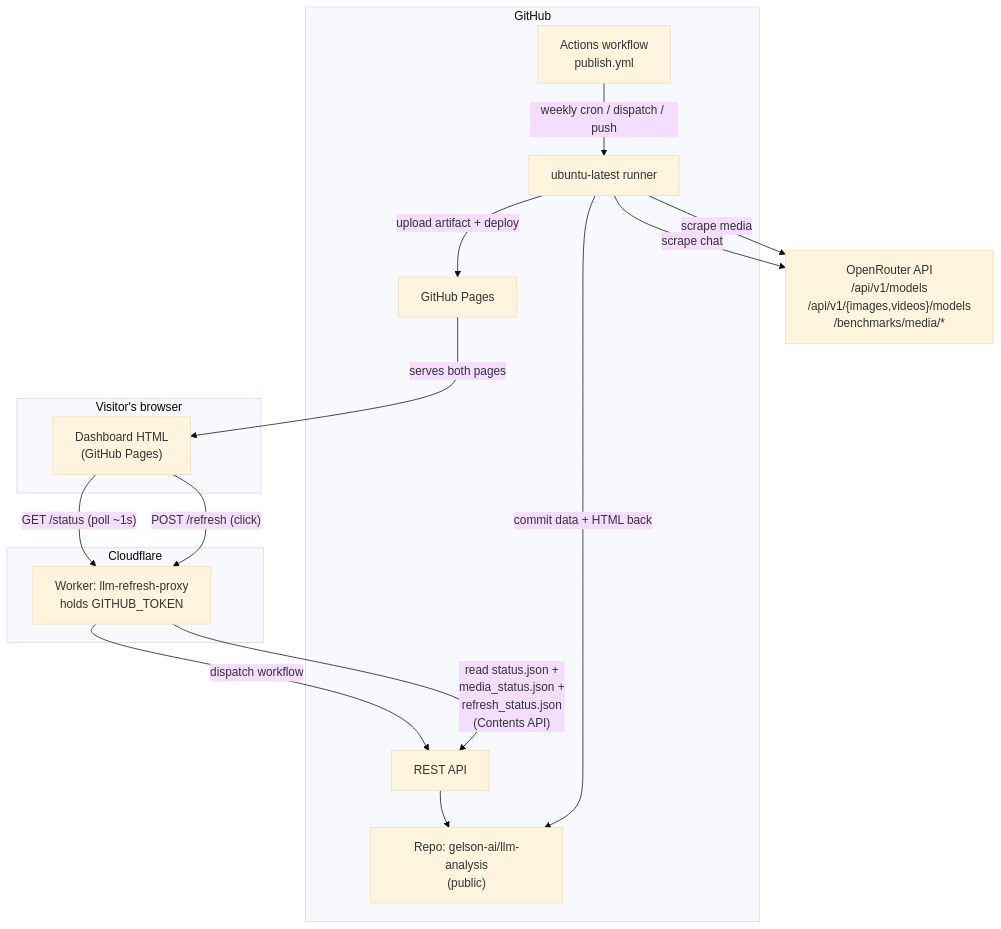
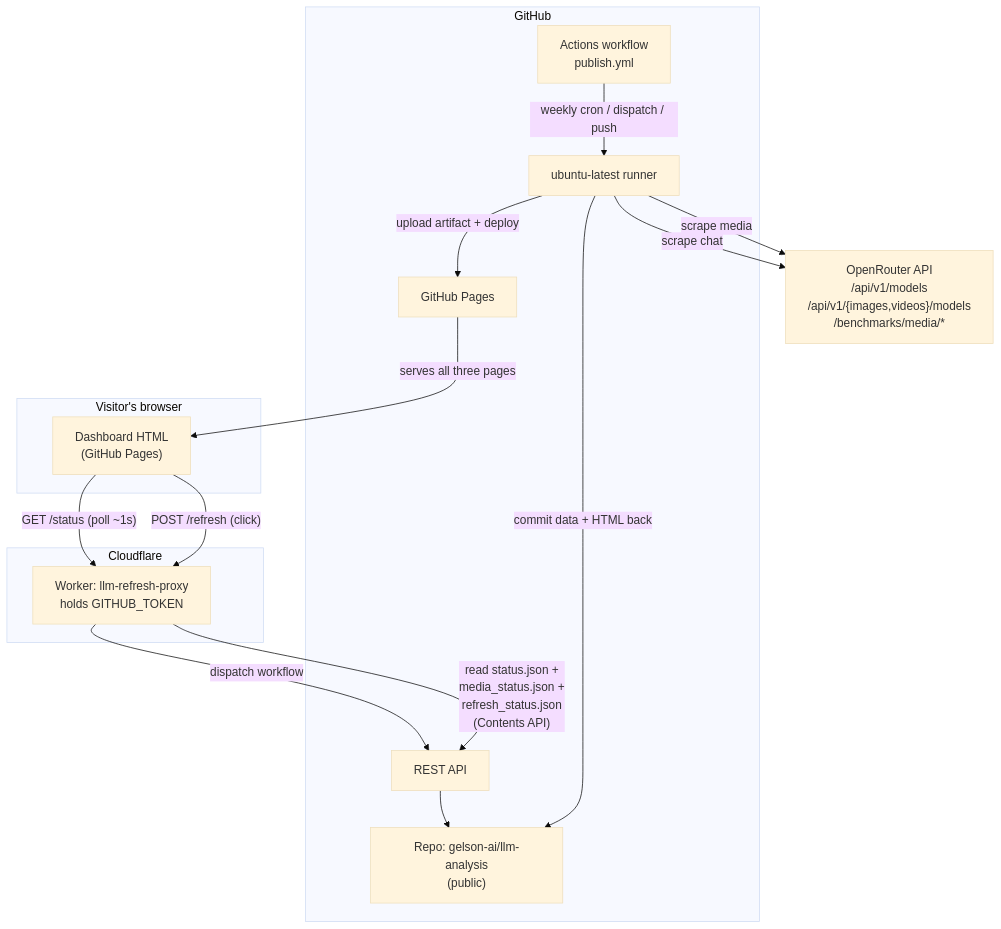
The diagram in DEPLOYMENT.md (gelson-ai/llm-analysis), drawn with Mermaid (base theme) before and after one commit. The commit also changed other lines of this file and 2 other files, not shown here.

````diff
--- a/DEPLOYMENT.md
+++ b/DEPLOYMENT.md
@@ -34,33 +34,33 @@
 ```mermaid
 flowchart TB
     subgraph browser["Visitor's browser"]
         PAGE["Dashboard HTML<br/>(GitHub Pages)"]
     end
 
     subgraph cf["Cloudflare"]
         WORKER["Worker: llm-refresh-proxy<br/>holds GITHUB_TOKEN"]
     end
 
     subgraph gh["GitHub"]
         REPO["Repo: gelson-ai/llm-analysis<br/>(public)"]
         WF["Actions workflow<br/>publish.yml"]
         RUNNER["ubuntu-latest runner"]
         PAGES["GitHub Pages"]
         API["REST API"]
     end
 
     OR["OpenRouter API<br/>/api/v1/models<br/>/api/v1/{images,videos}/models<br/>/benchmarks/media/*"]
 
     PAGE -- "GET /status (poll ~1s)" --> WORKER
     PAGE -- "POST /refresh (click)" --> WORKER
     WORKER -- "dispatch workflow" --> API
     WORKER -- "read status.json +<br/>media_status.json +<br/>refresh_status.json<br/>(Contents API)" --> API
     API --> REPO
 
     WF -- "weekly cron / dispatch / push" --> RUNNER
     RUNNER -- "scrape chat" --> OR
     RUNNER -- "scrape media" --> OR
     RUNNER -- "commit data + HTML back" --> REPO
     RUNNER -- "upload artifact + deploy" --> PAGES
-    PAGES -- "serves both pages" --> PAGE
+   PAGES -- "serves all three pages" --> PAGE
 ```
````
